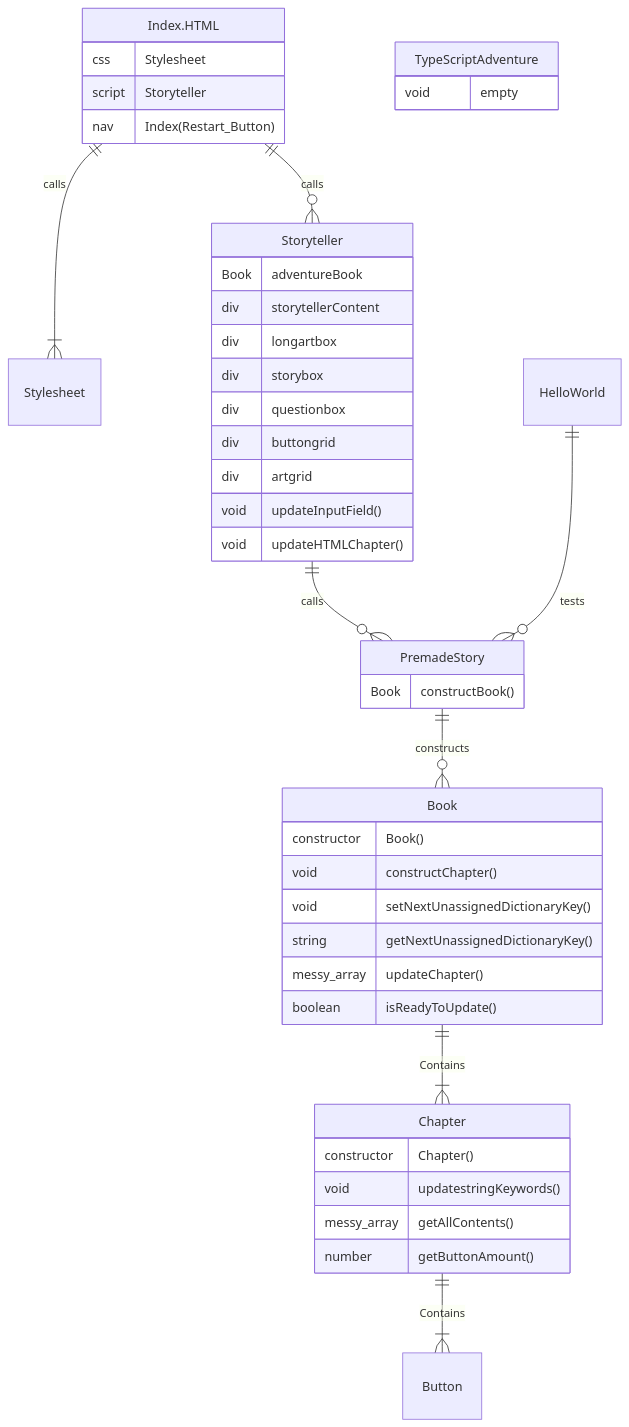
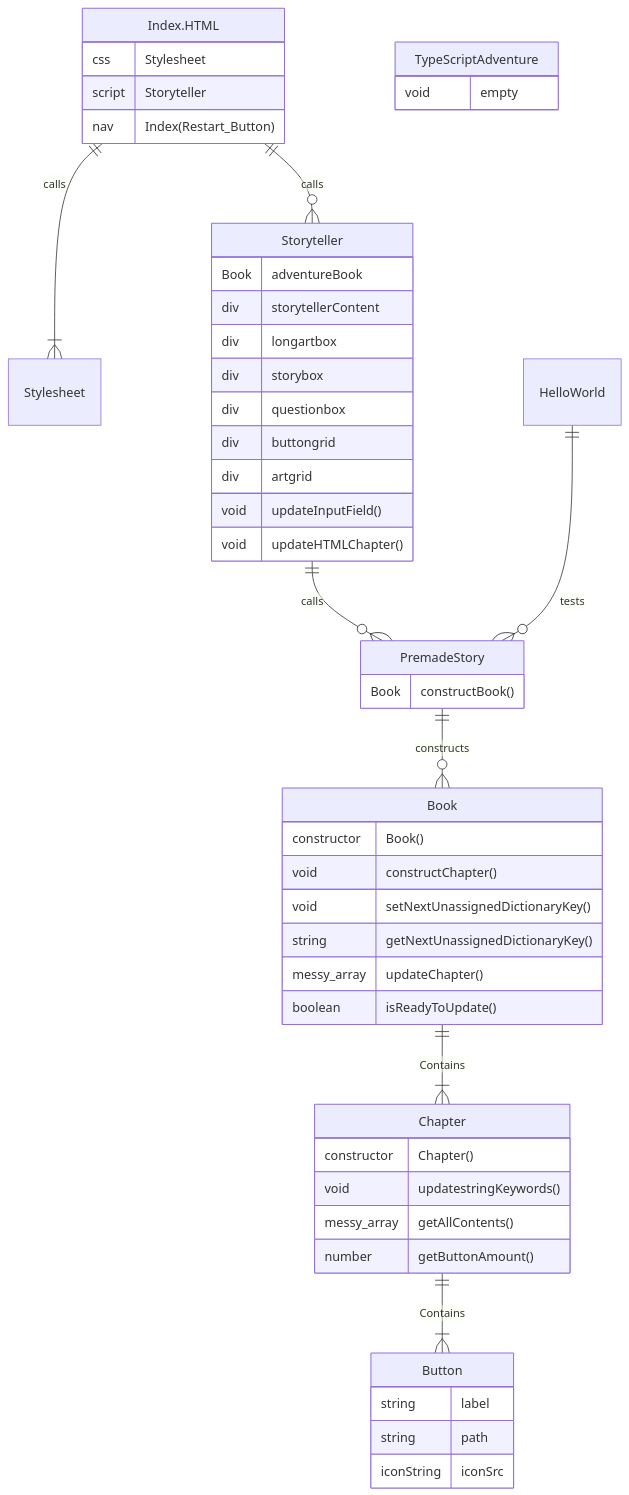
The diagram in ClassFlowChart.md (Tsuru4/TypeScriptAdventure), drawn with Mermaid before and after one commit. The commit also changed 14 other files, not shown here.

````diff
--- a/ClassFlowChart.md
+++ b/ClassFlowChart.md
@@ -1,63 +1,69 @@
 ```mermaid
 erDiagram
     Book ||--|{Chapter:Contains
     Chapter ||--|{Button:Contains
     Button
     Index.HTML ||--|{Stylesheet:calls
     Index.HTML ||--o{Storyteller: calls
     Stylesheet 
     PremadeStory ||--o{Book: constructs
     Storyteller ||--o{PremadeStory: calls
 
     HelloWorld ||--o{PremadeStory: tests
 
     TypeScriptAdventure{
         void empty
     }
 
     Index.HTML{
         css Stylesheet
         script Storyteller
         nav Index(Restart_Button)
     }
 
     Storyteller{
         Book adventureBook
         div storytellerContent
         div longartbox
         div storybox
         div questionbox
         div buttongrid
         div artgrid
 
         void updateInputField()
         void updateHTMLChapter()
     }
 
     PremadeStory{
         Book constructBook()
     }
 
     Book{
         constructor Book()
         void constructChapter()
         void setNextUnassignedDictionaryKey()
         string getNextUnassignedDictionaryKey()
         messy_array updateChapter()
         boolean isReadyToUpdate()
     }
 
     Chapter{
         constructor Chapter()
         void updatestringKeywords()
         messy_array getAllContents()
         number getButtonAmount()
     }
 
+    Button{
+        string label
+        string path
+        iconString iconSrc
+    }
+
 
 
 
     
 
 
 ```
````
